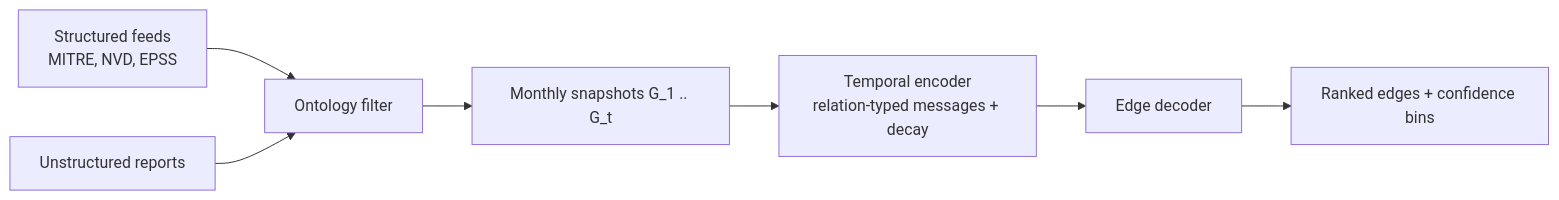
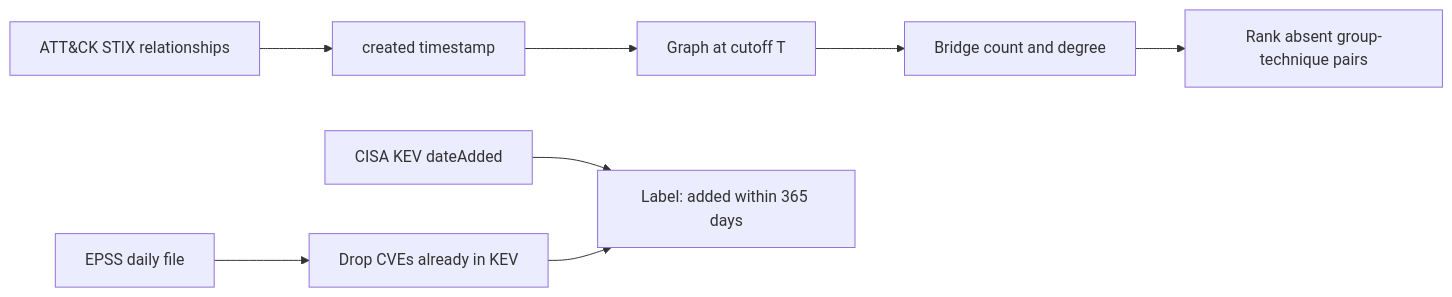
The diagram in docs/ARCHITECTURE.md (farhadkusc/dynscigraph-tf), drawn with Mermaid before and after one commit. The commit also changed other lines of this file and 23 other files, not shown here.

First line of the commit message:
Evaluate public ATT&CK and EPSS-KEV cutoffs

````diff
--- a/docs/ARCHITECTURE.md
+++ b/docs/ARCHITECTURE.md
@@ -3,9 +3,10 @@
 ```mermaid
 flowchart LR
-  A[Structured feeds<br/>MITRE, NVD, EPSS] --> C[Ontology filter]
-  B[Unstructured reports] --> C
-  C --> D[Monthly snapshots G_1 .. G_t]
-  D --> E[Temporal encoder<br/>relation-typed messages + decay]
-  E --> F[Edge decoder]
-  F --> G[Ranked edges + confidence bins]
+  A[ATT&CK STIX relationships] --> B[created timestamp]
+  B --> C[Graph at cutoff T]
+  C --> D[Bridge count and degree]
+  D --> E[Rank absent group-technique pairs]
+  F[EPSS daily file] --> H[Drop CVEs already in KEV]
+  G[CISA KEV dateAdded] --> I[Label: added within 365 days]
+  H --> I
 ```
````
